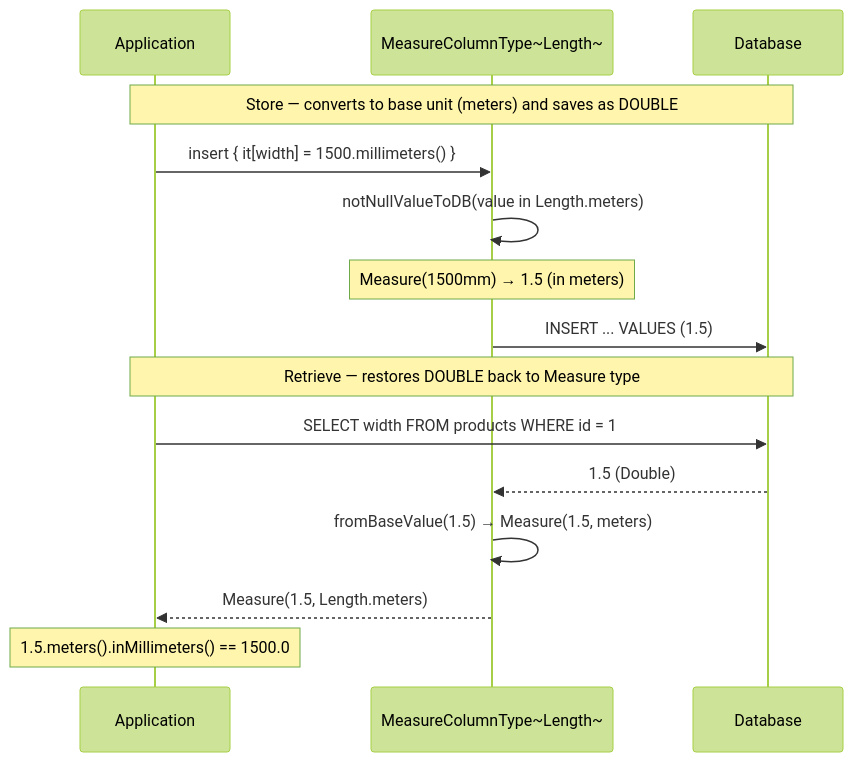
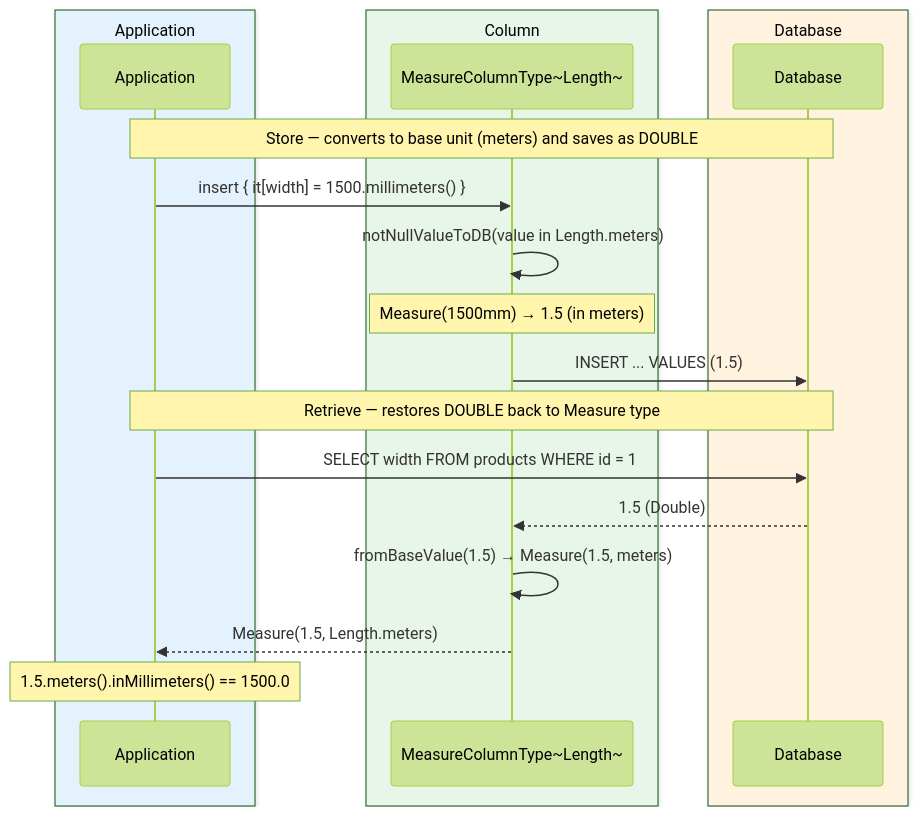
One commit to bluetape4k/bluetape4k-projects changed the third of 3 diagrams in data/exposed-measured/README.md. Above: the diagram before and after it, drawn with Mermaid (forest theme). The commit also changed other lines of this file and 221 other files, not shown here.

First line of the commit message:
docs: 전체 모듈 README UML 다이어그램 보강 및 색상 업그레이드

````diff
--- a/data/exposed-measured/README.md
+++ b/data/exposed-measured/README.md
@@ -99,19 +112,25 @@
 ```mermaid
 sequenceDiagram
-    participant App as Application
-    participant Col as MeasureColumnType~Length~
-    participant DB as Database
+    box rgb(227, 242, 253) Application
+        participant App as Application
+    end
+    box rgb(232, 245, 233) Column
+        participant Col as MeasureColumnType~Length~
+    end
+    box rgb(255, 243, 224) Database
+        participant DB as Database
+    end
 
     Note over App,DB: Store — converts to base unit (meters) and saves as DOUBLE
     App->>Col: insert { it[width] = 1500.millimeters() }
     Col->>Col: notNullValueToDB(value in Length.meters)
     Note over Col: Measure(1500mm) → 1.5 (in meters)
     Col->>DB: INSERT ... VALUES (1.5)
 
     Note over App,DB: Retrieve — restores DOUBLE back to Measure type
     App->>DB: SELECT width FROM products WHERE id = 1
     DB-->>Col: 1.5 (Double)
     Col->>Col: fromBaseValue(1.5) → Measure(1.5, meters)
     Col-->>App: Measure(1.5, Length.meters)
     Note over App: 1.5.meters().inMillimeters() == 1500.0
 ```
````
